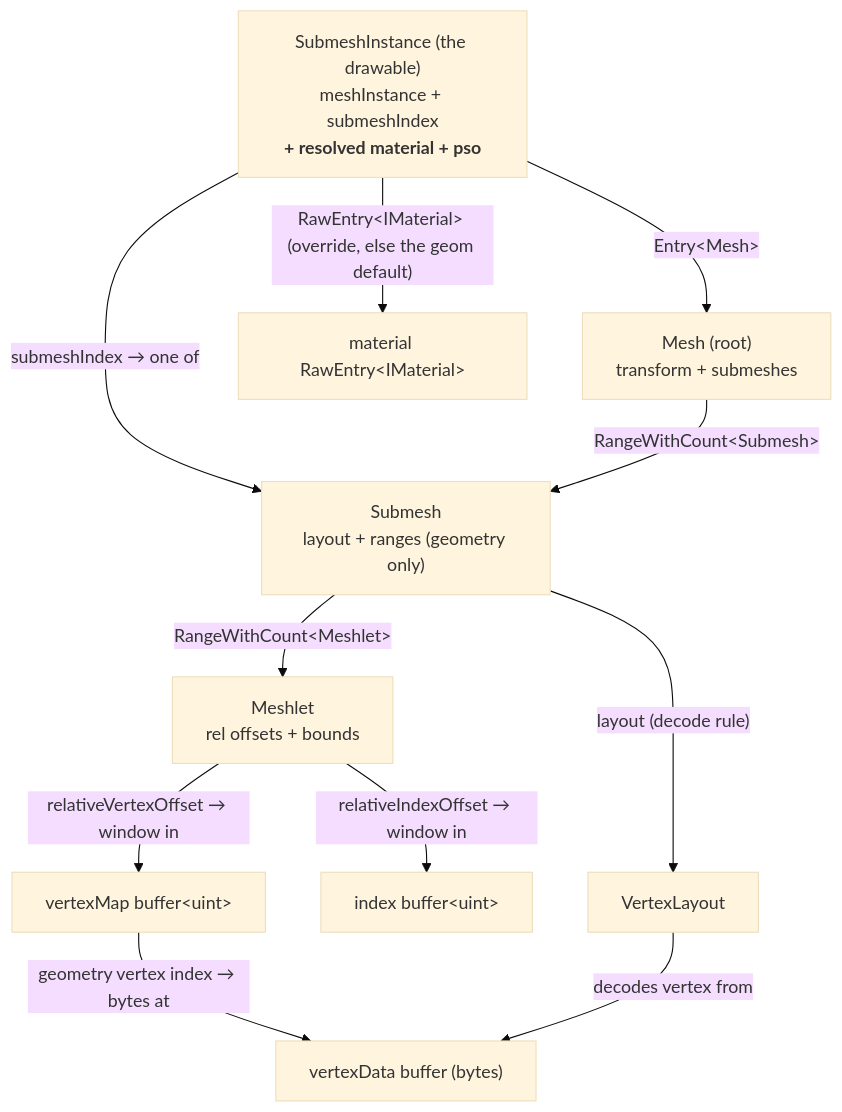
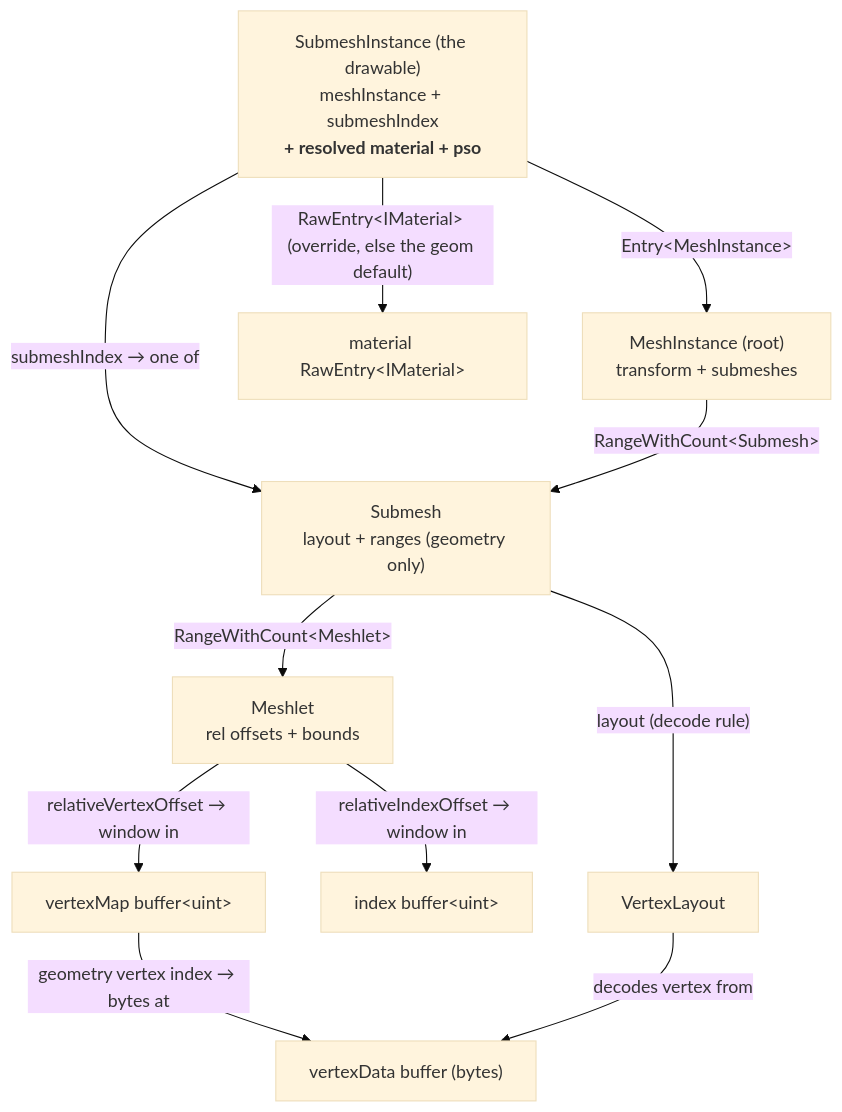
Before and after one commit to alexjiang200407/bernini: the diagram in docs/geometry_layout.md, drawn with Mermaid (base theme). The commit also changed other lines of this file and 47 other files, not shown here.

````diff
--- a/docs/geometry_layout.md
+++ b/docs/geometry_layout.md
@@ -203,23 +205,23 @@
 ```mermaid
 flowchart TD
     Inst["SubmeshInstance (the drawable)<br/>meshInstance + submeshIndex<br/><b>+ resolved material + pso</b>"]
-    Mesh["Mesh (root)<br/>transform + submeshes"]
+    Mesh["MeshInstance (root)<br/>transform + submeshes"]
     Submesh["Submesh<br/>layout + ranges (geometry only)"]
     Meshlet["Meshlet<br/>rel offsets + bounds"]
     VMap["vertexMap buffer&lt;uint&gt;"]
     VData["vertexData buffer (bytes)"]
     IdxBuf["index buffer&lt;uint&gt;"]
     Layout["VertexLayout"]
     Mat["material RawEntry&lt;IMaterial&gt;"]
 
-    Inst -- "Entry&lt;Mesh&gt;" --> Mesh
+    Inst -- "Entry&lt;MeshInstance&gt;" --> Mesh
     Inst -- "submeshIndex → one of" --> Submesh
     Inst -- "RawEntry&lt;IMaterial&gt; (override, else the geom default)" --> Mat
     Mesh -- "RangeWithCount&lt;Submesh&gt;" --> Submesh
     Submesh -- "RangeWithCount&lt;Meshlet&gt;" --> Meshlet
     Submesh -- "layout (decode rule)" --> Layout
     Meshlet -- "relativeVertexOffset → window in" --> VMap
     Meshlet -- "relativeIndexOffset → window in" --> IdxBuf
     VMap -- "geometry vertex index → bytes at" --> VData
     Layout -- "decodes vertex from" --> VData
 ```
````
